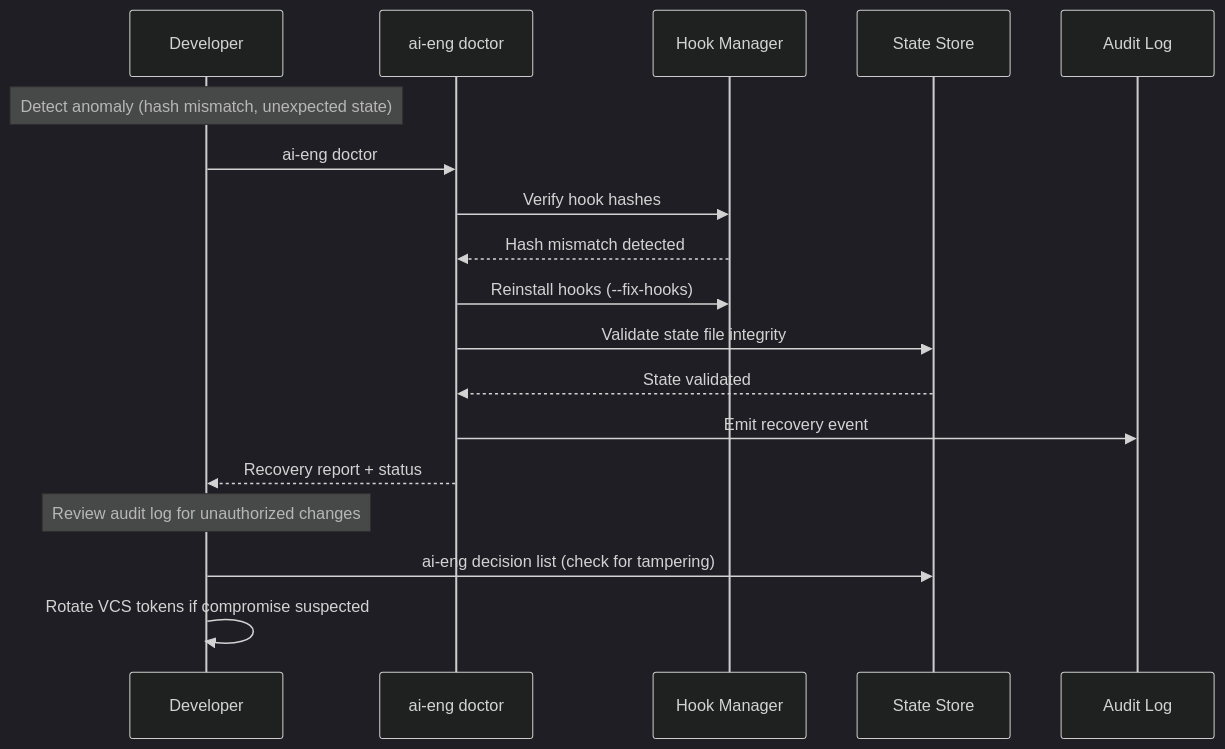
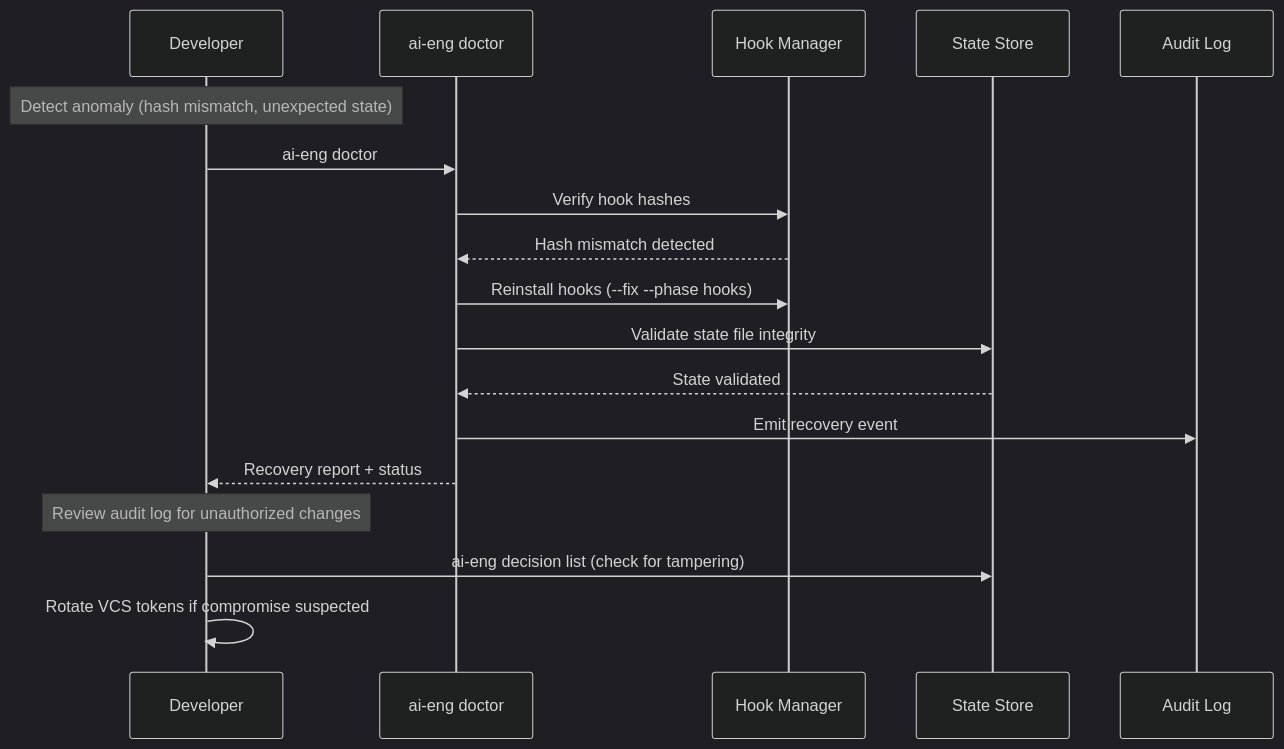
The seventh of 8 diagrams in src/ai_engineering/templates/.ai-engineering/contexts/product/product-contract.md (arcasilesgroup/ai-engineering), drawn with Mermaid (dark theme) before and after one commit. The commit also changed other lines of this file and 180 other files, not shown here.

````diff
--- a/src/ai_engineering/templates/.ai-engineering/contexts/product/product-contract.md
+++ b/src/ai_engineering/templates/.ai-engineering/contexts/product/product-contract.md
@@ -437,21 +437,21 @@
 ```mermaid
 sequenceDiagram
     participant Dev as Developer
     participant Doctor as ai-eng doctor
     participant Hooks as Hook Manager
     participant State as State Store
     participant Audit as Audit Log
 
     Note over Dev: Detect anomaly (hash mismatch, unexpected state)
     Dev->>Doctor: ai-eng doctor
     Doctor->>Hooks: Verify hook hashes
     Hooks-->>Doctor: Hash mismatch detected
-    Doctor->>Hooks: Reinstall hooks (--fix-hooks)
+    Doctor->>Hooks: Reinstall hooks (--fix --phase hooks)
     Doctor->>State: Validate state file integrity
     State-->>Doctor: State validated
     Doctor->>Audit: Emit recovery event
     Doctor-->>Dev: Recovery report + status
     Note over Dev: Review audit log for unauthorized changes
     Dev->>State: ai-eng decision list (check for tampering)
     Dev->>Dev: Rotate VCS tokens if compromise suspected
 ```
````
